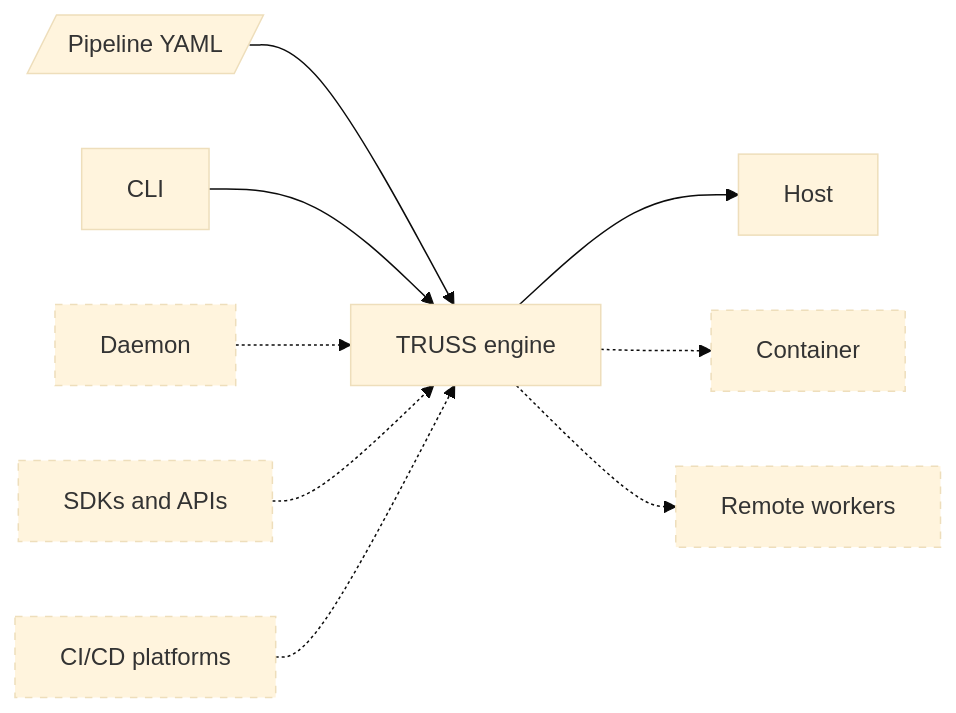
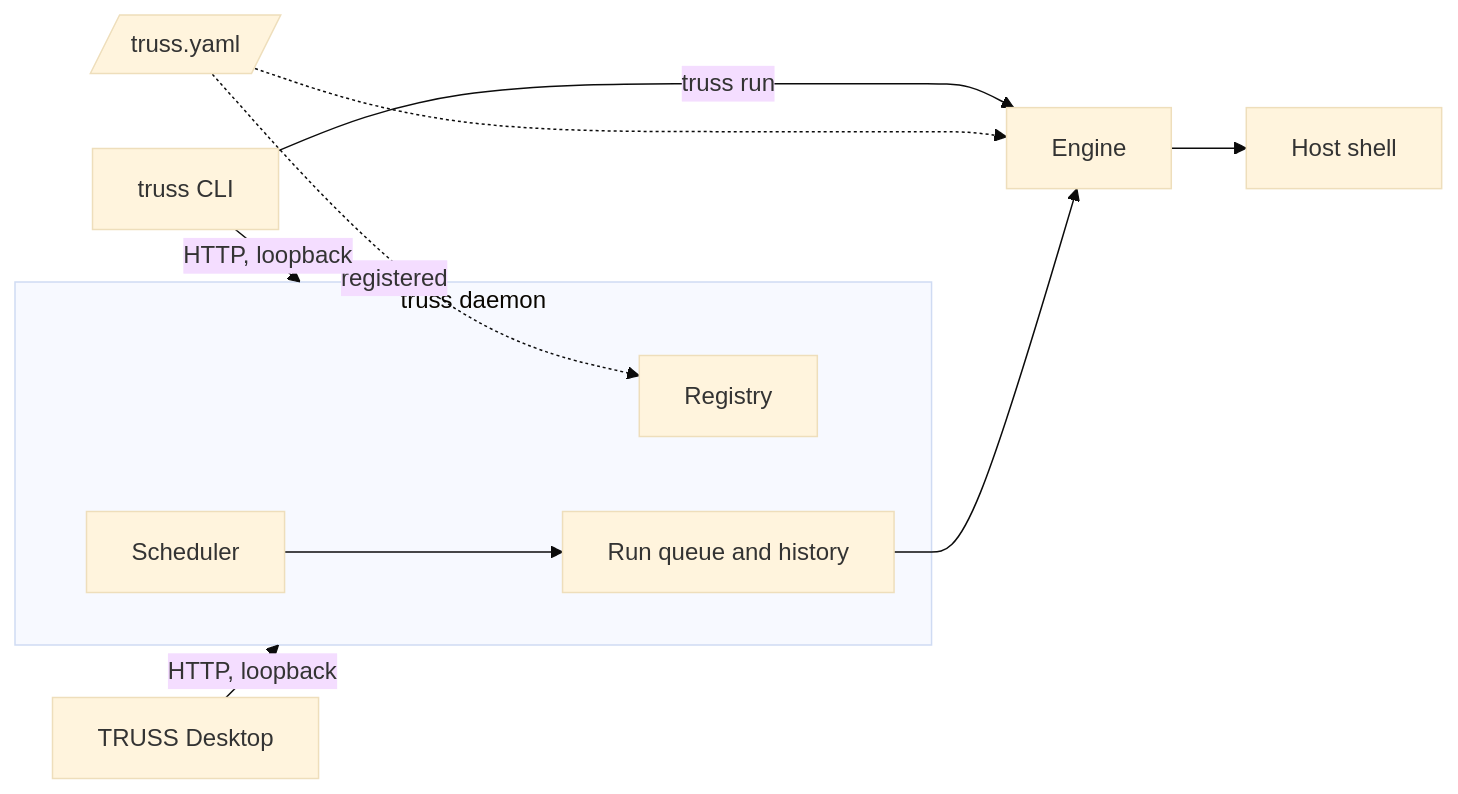
Before and after one commit to afri-bit/truss: the second of 2 diagrams in README.md, drawn with Mermaid (base theme). The commit also changed other lines of this file and 14 other files, not shown here.

First line of the commit message:
docs: document the MVP: pipeline file, CLI, daemon, desktop, architecture

````diff
--- a/README.md
+++ b/README.md
@@ -54,14 +214,20 @@
 ```mermaid
 flowchart LR
-    yaml[/"Pipeline YAML"/] --> engine["TRUSS engine"]
-    cli["CLI"] --> engine
-    daemon["Daemon"] -.-> engine
-    sdk["SDKs and APIs"] -.-> engine
-    ci["CI/CD platforms"] -.-> engine
-    engine --> host["Host"]
-    engine -.-> container["Container"]
-    engine -.-> remote["Remote workers"]
+    yaml[/"truss.yaml"/]
+    cli["truss CLI"]
+    desktop["TRUSS Desktop"]
+    subgraph daemon["truss daemon"]
+        registry["Registry"]
+        scheduler["Scheduler"]
+        runs["Run queue and history"]
+    end
+    engine["Engine"]
+    shell["Host shell"]
 
-    classDef planned stroke-dasharray: 5 5
-    class daemon,sdk,ci,container,remote planned
+    cli -- "truss run" --> engine
+    cli -- "HTTP, loopback" --> daemon
+    desktop -- "HTTP, loopback" --> daemon
+    yaml -.-> engine
+    yaml -. registered .-> registry
+    scheduler --> runs --> engine --> shell
 ```
````
